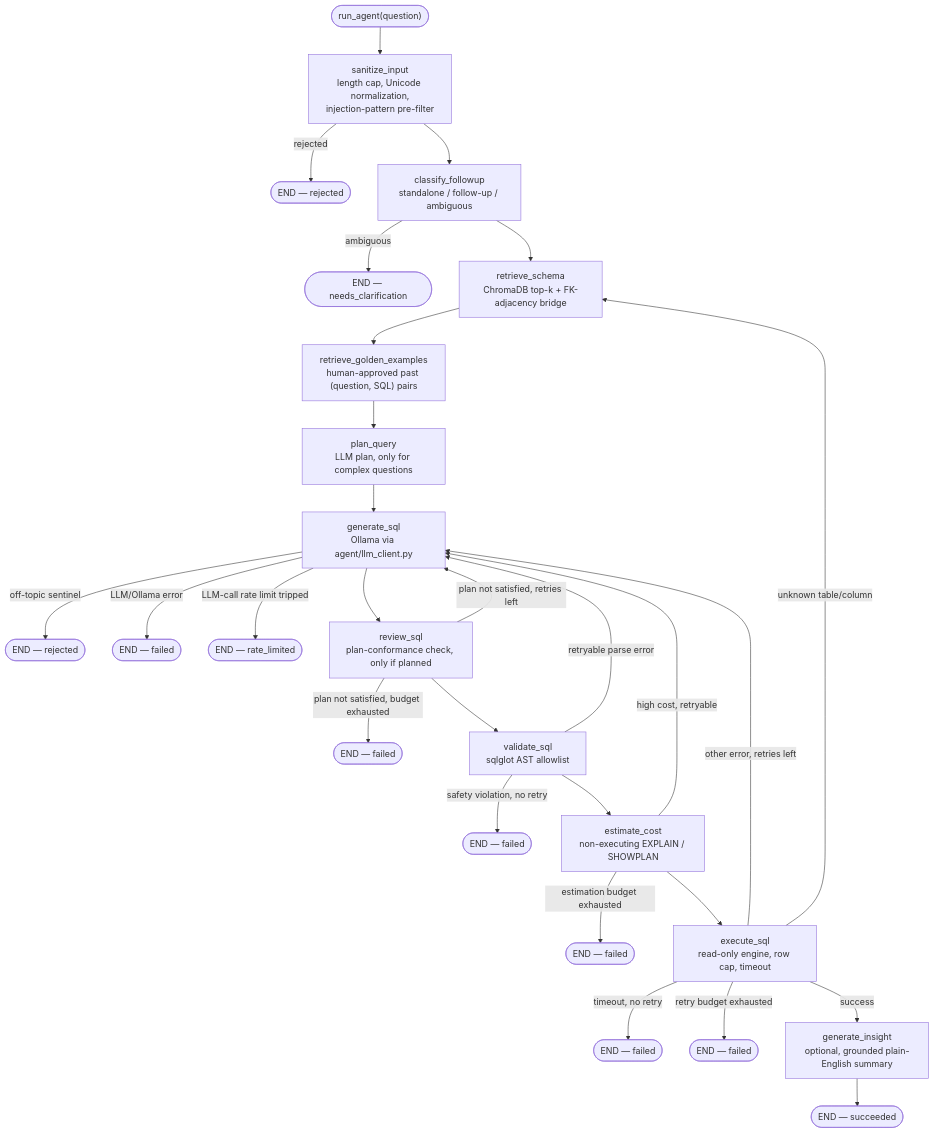
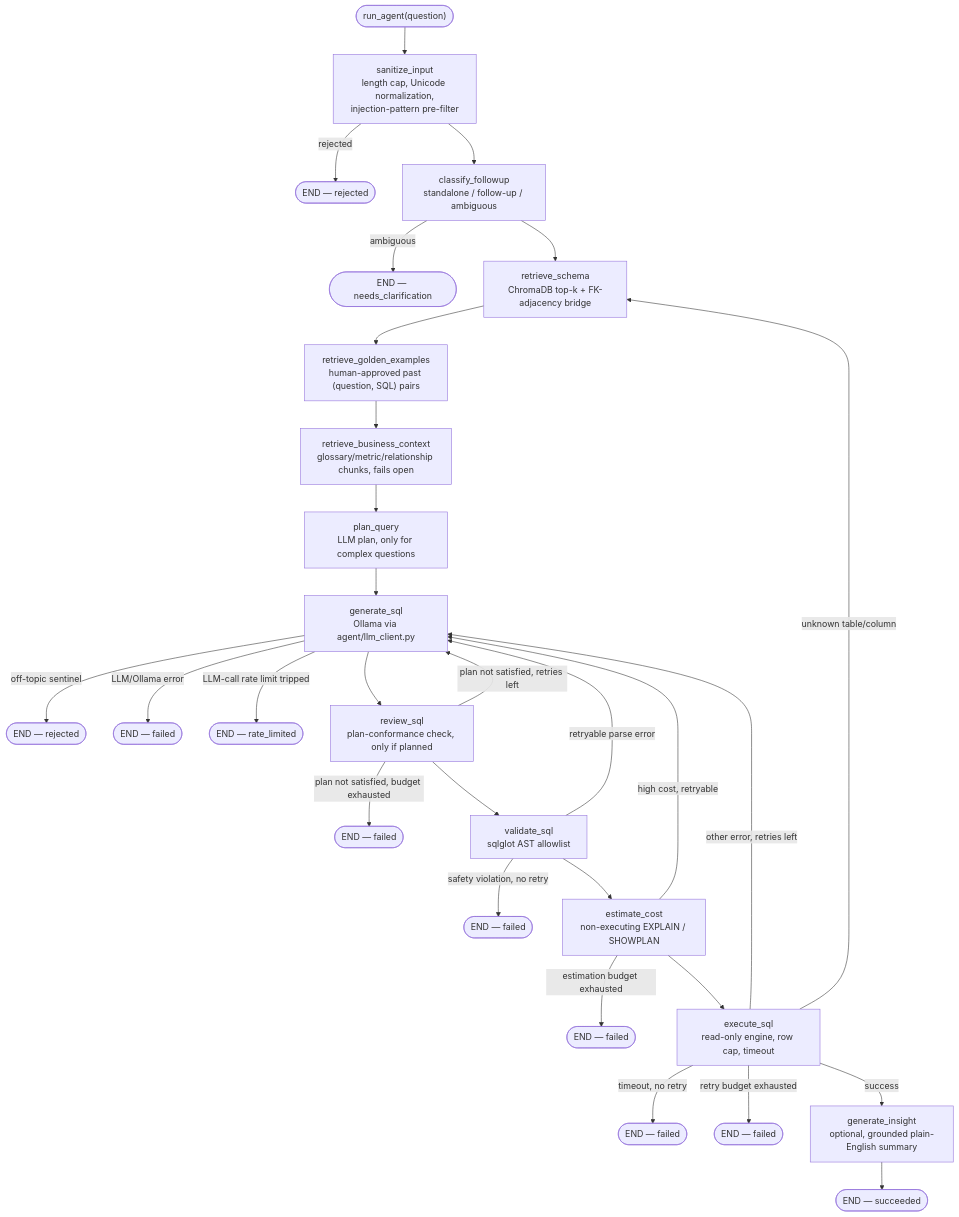
One commit to surajkumarnavodya/text-to-sql-agent-langgraph changed the first of 3 diagrams in docs/ARCHITECTURE.md. Above: the diagram before and after it, drawn with Mermaid. The commit also changed other lines of this file and 109 other files, not shown here.

````diff
--- a/docs/ARCHITECTURE.md
+++ b/docs/ARCHITECTURE.md
@@ -25,30 +25,31 @@
 ```mermaid
 flowchart TD
     START(["run_agent(question)"]) --> SI["sanitize_input<br/>length cap, Unicode normalization,<br/>injection-pattern pre-filter"]
     SI -->|rejected| ENDREJ1(["END — rejected"])
     SI --> CF["classify_followup<br/>standalone / follow-up / ambiguous"]
     CF -->|ambiguous| ENDCLAR(["END — needs_clarification"])
     CF --> RS["retrieve_schema<br/>ChromaDB top-k + FK-adjacency bridge"]
     RS --> RGE["retrieve_golden_examples<br/>human-approved past (question, SQL) pairs"]
-    RGE --> PQ["plan_query<br/>LLM plan, only for complex questions"]
+    RGE --> RBC["retrieve_business_context<br/>glossary/metric/relationship chunks, fails open"]
+    RBC --> PQ["plan_query<br/>LLM plan, only for complex questions"]
     PQ --> GS["generate_sql<br/>Ollama via agent/llm_client.py"]
     GS -->|off-topic sentinel| ENDREJ2(["END — rejected"])
     GS -->|LLM/Ollama error| ENDFAIL1(["END — failed"])
     GS -->|LLM-call rate limit tripped| ENDRATE(["END — rate_limited"])
     GS --> RV["review_sql<br/>plan-conformance check, only if planned"]
     RV -->|plan not satisfied, retries left| GS
     RV -->|plan not satisfied, budget exhausted| ENDFAIL6(["END — failed"])
     RV --> VS["validate_sql<br/>sqlglot AST allowlist"]
     VS -->|safety violation, no retry| ENDFAIL2(["END — failed"])
     VS -->|retryable parse error| GS
     VS --> CE["estimate_cost<br/>non-executing EXPLAIN / SHOWPLAN"]
     CE -->|high cost, retryable| GS
     CE -->|estimation budget exhausted| ENDFAIL3(["END — failed"])
     CE --> ES["execute_sql<br/>read-only engine, row cap, timeout"]
     ES -->|unknown table/column| RS
     ES -->|other error, retries left| GS
     ES -->|timeout, no retry| ENDFAIL4(["END — failed"])
     ES -->|retry budget exhausted| ENDFAIL5(["END — failed"])
     ES -->|success| GI["generate_insight<br/>optional, grounded plain-English summary"]
     GI --> ENDOK(["END — succeeded"])
 ```
````
